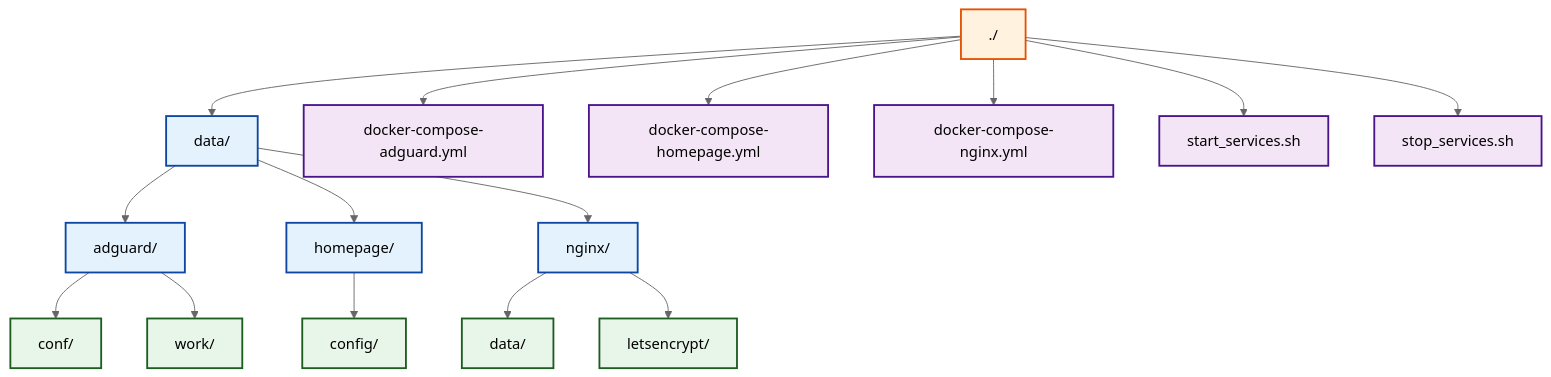
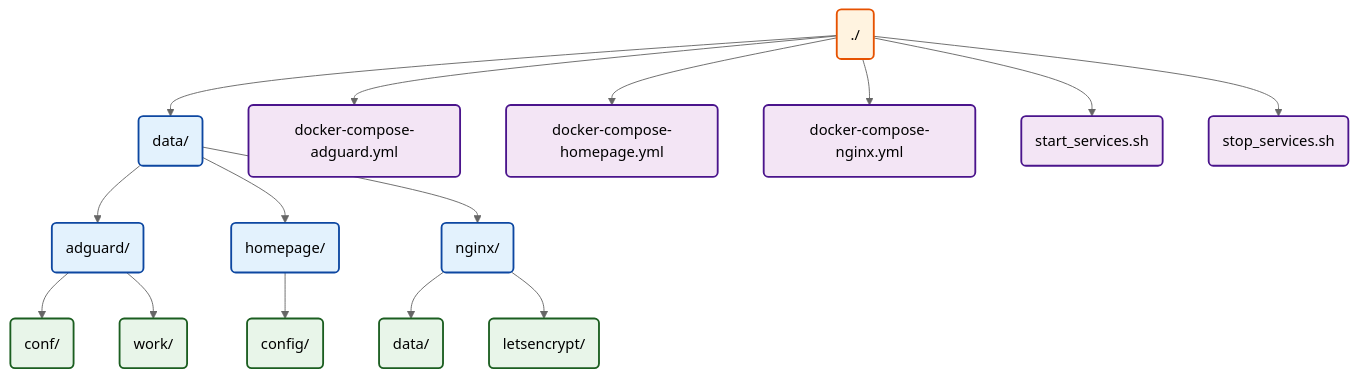
One commit to CorMazz/cormazz.github.io changed the second of 2 diagrams in _posts/2024-11-23-homelab-mvp.md. Above: the diagram before and after it, drawn with Mermaid (neutral theme). The commit also changed other lines of this file, not shown here.

````diff
--- a/_posts/2024-11-23-homelab-mvp.md
+++ b/_posts/2024-11-23-homelab-mvp.md
@@ -173,51 +173,51 @@
 ```mermaid
 flowchart TD
     %% Define styles
     classDef root fill:#fff3e0,stroke:#e65100,stroke-width:2px,color:#000000
     classDef mainDir fill:#e3f2fd,stroke:#0d47a1,stroke-width:2px,color:#000000
     classDef subDir fill:#e8f5e9,stroke:#1b5e20,stroke-width:2px,color:#000000
     classDef file fill:#f3e5f5,stroke:#4a148c,stroke-width:2px,color:#000000
 
-    root["./"]
-    data["data/"]
-    adguard["adguard/"]
-    adguard_conf["conf/"]
-    adguard_work["work/"]
+    root("./")
+    data("data/")
+    adguard("adguard/")
+    adguard_conf("conf/")
+    adguard_work("work/")
     
-    homepage["homepage/"]
-    homepage_config["config/"]
+    homepage("homepage/")
+    homepage_config("config/")
     
-    nginx["nginx/"]
-    nginx_data["data/"]
-    nginx_ssl["letsencrypt/"]
+    nginx("nginx/")
+    nginx_data("data/")
+    nginx_ssl("letsencrypt/")
     
-    compose1["docker-compose-adguard.yml"]
-    compose2["docker-compose-homepage.yml"]
-    compose3["docker-compose-nginx.yml"]
-    start["start_services.sh"]
-    stop["stop_services.sh"]
+    compose1("docker-compose-adguard.yml")
+    compose2("docker-compose-homepage.yml")
+    compose3("docker-compose-nginx.yml")
+    start("start_services.sh")
+    stop("stop_services.sh")
 
     root --> data
     root --> compose1
     root --> compose2
     root --> compose3
     root --> start
     root --> stop
     
     data --> adguard
     adguard --> adguard_conf
     adguard --> adguard_work
     
     data --> homepage
     homepage --> homepage_config
     
     data --> nginx
     nginx --> nginx_data
     nginx --> nginx_ssl
 
     %% Apply styles
     class root root
     class data,adguard,homepage,nginx mainDir
     class adguard_conf,adguard_work,homepage_config,nginx_data,nginx_ssl subDir
     class compose1,compose2,compose3,start,stop file
 ```
````
